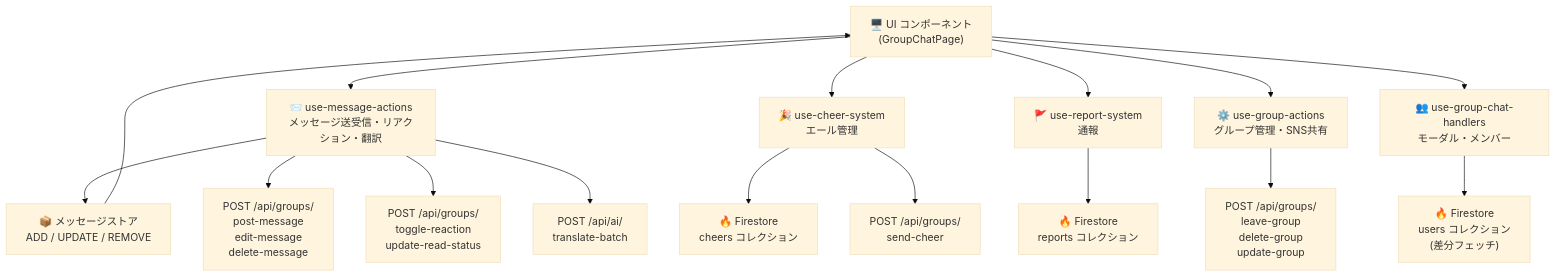
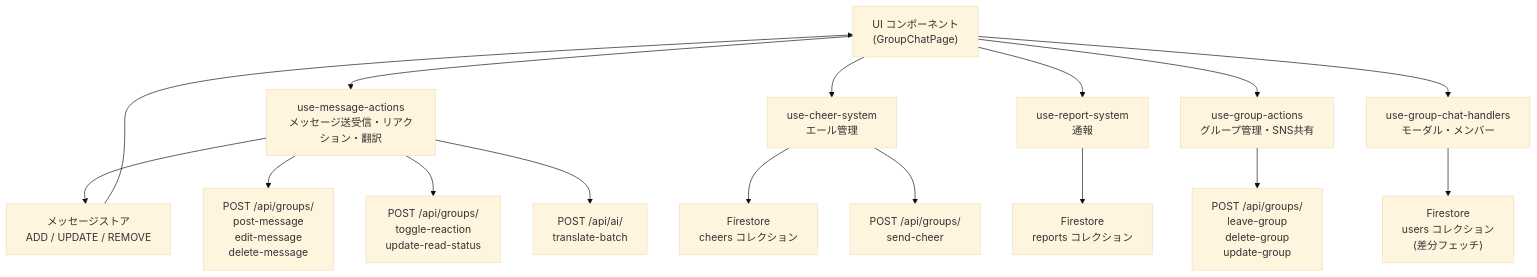
One commit to ScriptureHabit/scripture-habit changed the first of 10 diagrams in docs/ja/details/group-chat-interactions.md. Above: the diagram before and after it, drawn with Mermaid (base theme). The commit also changed other lines of this file and 53 other files, not shown here.

````diff
--- a/docs/ja/details/group-chat-interactions.md
+++ b/docs/ja/details/group-chat-interactions.md
@@ -17,32 +17,32 @@
 ```mermaid
 flowchart TD
-    UI["🖥️ UI コンポーネント\n(GroupChatPage)"]
+    UI["UI コンポーネント\n(GroupChatPage)"]
 
     UI --> UMA
     UI --> UCS
     UI --> URS
     UI --> UGA
     UI --> UGCH
 
-    UMA["📨 use-message-actions\nメッセージ送受信・リアクション・翻訳"]
-    UCS["🎉 use-cheer-system\nエール管理"]
-    URS["🚩 use-report-system\n通報"]
-    UGA["⚙️ use-group-actions\nグループ管理・SNS共有"]
-    UGCH["👥 use-group-chat-handlers\nモーダル・メンバー"]
+    UMA["use-message-actions\nメッセージ送受信・リアクション・翻訳"]
+    UCS["use-cheer-system\nエール管理"]
+    URS["use-report-system\n通報"]
+    UGA["use-group-actions\nグループ管理・SNS共有"]
+    UGCH["use-group-chat-handlers\nモーダル・メンバー"]
 
-    UMA --> STORE["📦 メッセージストア\nADD / UPDATE / REMOVE"]
+    UMA --> STORE["メッセージストア\nADD / UPDATE / REMOVE"]
     STORE --> UI
 
     UMA --> API_MSG["POST /api/groups/\npost-message\nedit-message\ndelete-message"]
     UMA --> API_REACT["POST /api/groups/\ntoggle-reaction\nupdate-read-status"]
     UMA --> API_TRANS["POST /api/ai/\ntranslate-batch"]
 
-    UCS --> FS_CHEERS["🔥 Firestore\ncheers コレクション"]
+    UCS --> FS_CHEERS["Firestore\ncheers コレクション"]
     UCS --> API_CHEER["POST /api/groups/\nsend-cheer"]
 
-    URS --> FS_REPORTS["🔥 Firestore\nreports コレクション"]
+    URS --> FS_REPORTS["Firestore\nreports コレクション"]
 
     UGA --> API_GROUP["POST /api/groups/\nleave-group\ndelete-group\nupdate-group"]
 
-    UGCH --> FS_MEMBERS["🔥 Firestore\nusers コレクション\n(差分フェッチ)"]
+    UGCH --> FS_MEMBERS["Firestore\nusers コレクション\n(差分フェッチ)"]
 ```
````
